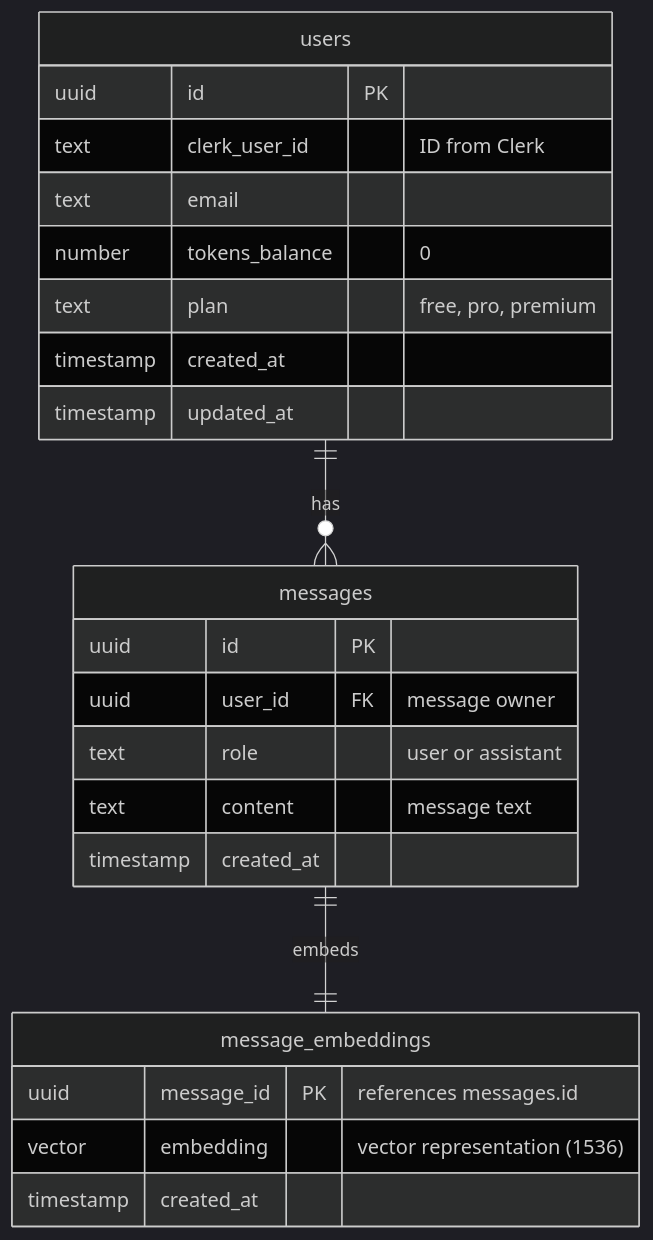
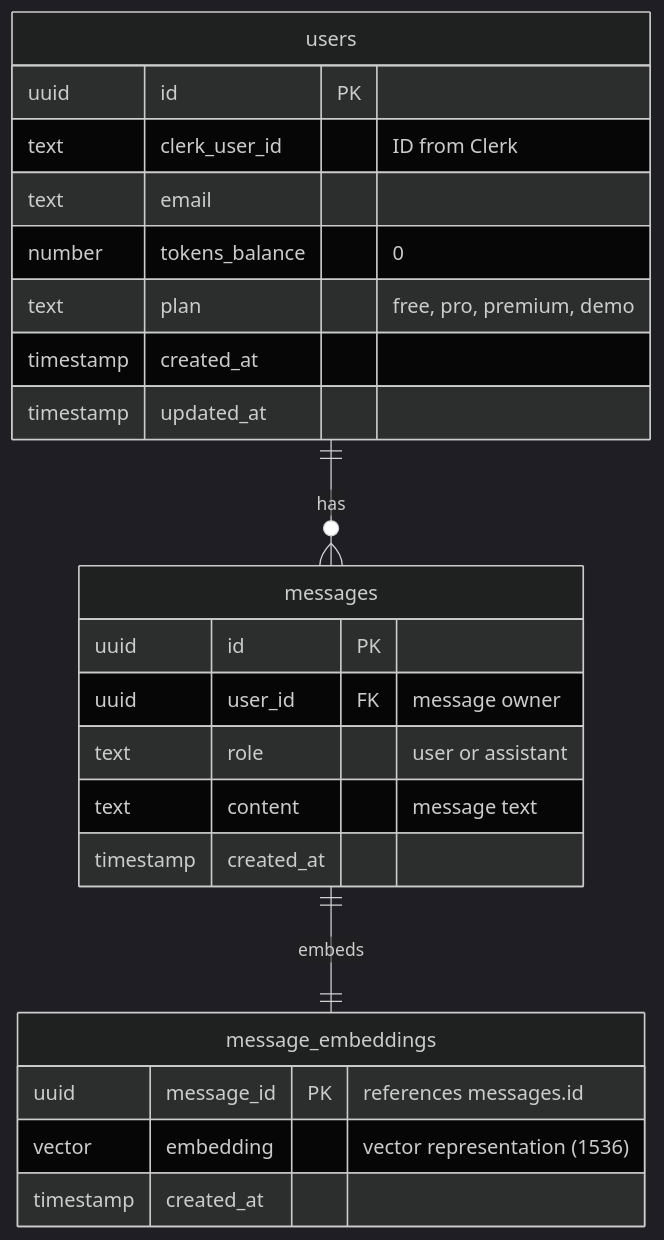
One commit to AlexanderVTr/aipartner changed the diagram in src/docs/DB.mmd. Above: the diagram before and after it, drawn with Mermaid (dark theme). The commit also changed 23 other files, not shown here.

Commit message:
hedra-avatar added and demo plan added with updates

```diff
--- a/src/docs/DB.mmd
+++ b/src/docs/DB.mmd
@@ -1,27 +1,27 @@
 erDiagram
     users {
         uuid id PK
         text clerk_user_id "ID from Clerk"
         text email
         number tokens_balance "0"
-        text plan "free, pro, premium"
+        text plan "free, pro, premium, demo"
         timestamp created_at
         timestamp updated_at
     }
 
     messages {
         uuid id PK
         uuid user_id FK "message owner"
         text role "user or assistant"
         text content "message text"
         timestamp created_at
     }
 
     message_embeddings {
         uuid message_id PK "references messages.id"
         vector embedding "vector representation (1536)"
         timestamp created_at
     }
 
     users ||--o{ messages : has
     messages ||--|| message_embeddings : embeds
```
